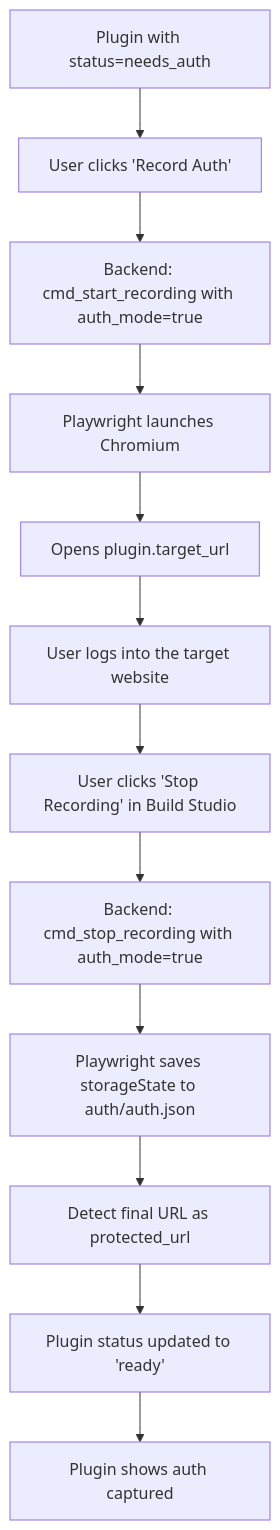
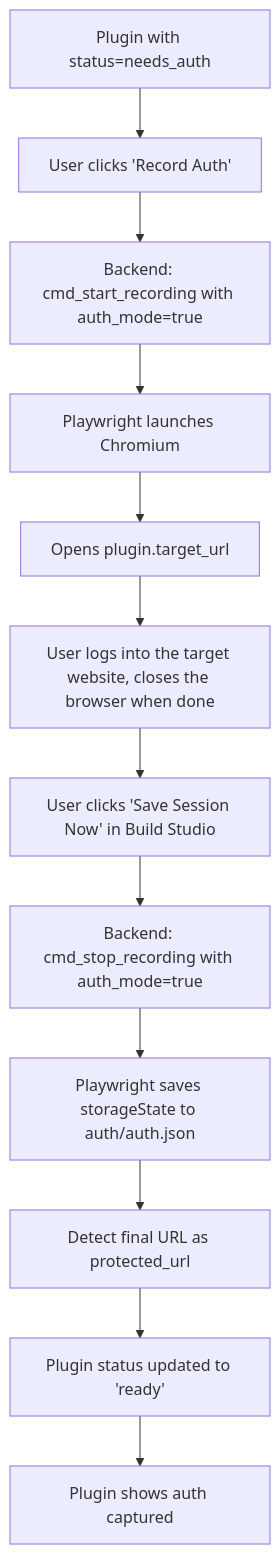
One commit to Cannonbold2412/CONXA changed the fourth of 17 diagrams in docs/App-Flow.md. Above: the diagram before and after it, drawn with Mermaid. The commit also changed other lines of this file and 19 other files, not shown here.

````diff
--- a/docs/App-Flow.md
+++ b/docs/App-Flow.md
@@ -117,14 +117,14 @@
 ```mermaid
 flowchart TD
     A[Plugin with status=needs_auth] --> B[User clicks 'Record Auth']
     B --> C[Backend: cmd_start_recording with auth_mode=true]
     C --> D[Playwright launches Chromium]
     D --> E[Opens plugin.target_url]
-    E --> F[User logs into the target website]
-    F --> G[User clicks 'Stop Recording' in Build Studio]
+    E --> F[User logs into the target website, closes the browser when done]
+    F --> G[User clicks 'Save Session Now' in Build Studio]
     G --> H[Backend: cmd_stop_recording with auth_mode=true]
     H --> I[Playwright saves storageState to auth/auth.json]
     I --> J[Detect final URL as protected_url]
     J --> K[Plugin status updated to 'ready']
     K --> L[Plugin shows auth captured]
 ```
````
